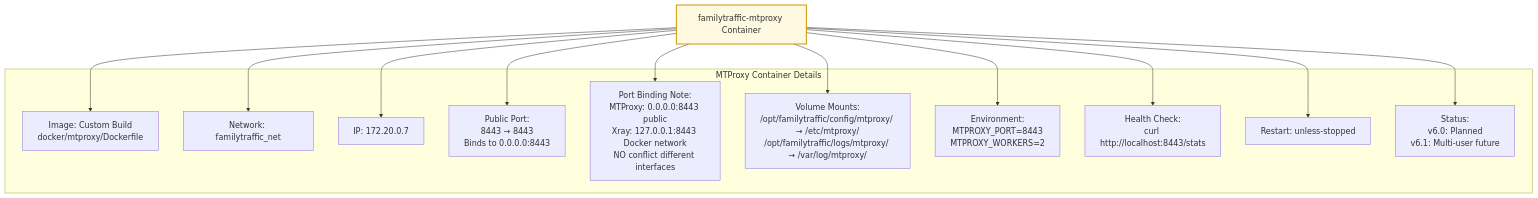
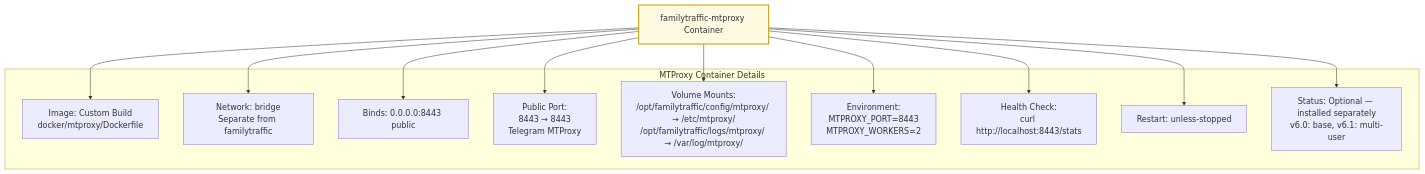
One commit to ikeniborn/vless changed the third of 6 diagrams in docs/architecture/diagrams/deployment/docker-topology.md. Above: the diagram before and after it, drawn with Mermaid. The commit also changed other lines of this file and 24 other files, not shown here.

````diff
--- a/docs/architecture/diagrams/deployment/docker-topology.md
+++ b/docs/architecture/diagrams/deployment/docker-topology.md
@@ -295,37 +132,34 @@
 ```mermaid
 graph TB
     MTProxyContainer[familytraffic-mtproxy Container]
 
     subgraph "MTProxy Container Details"
         Image[Image: Custom Build<br/>docker/mtproxy/Dockerfile]
-        NetworkMode[Network: familytraffic_net]
-        IP[IP: 172.20.0.7]
+        NetworkMode[Network: bridge<br/>Separate from familytraffic]
+        IP[Binds: 0.0.0.0:8443 public]
 
-        PublicPort[Public Port:<br/>8443 → 8443<br/>Binds to 0.0.0.0:8443]
-
-        PortNote[Port Binding Note:<br/>MTProxy: 0.0.0.0:8443 public<br/>Xray: 127.0.0.1:8443 Docker network<br/>NO conflict different interfaces]
+        PublicPort[Public Port:<br/>8443 → 8443<br/>Telegram MTProxy]
 
         Volumes[Volume Mounts:<br/>/opt/familytraffic/config/mtproxy/ → /etc/mtproxy/<br/>/opt/familytraffic/logs/mtproxy/ → /var/log/mtproxy/]
 
         Environment[Environment:<br/>MTPROXY_PORT=8443<br/>MTPROXY_WORKERS=2]
 
         HealthCheck[Health Check:<br/>curl http://localhost:8443/stats]
 
         Restart[Restart: unless-stopped]
 
-        Status[Status:<br/>v6.0: Planned<br/>v6.1: Multi-user future]
+        Status[Status: Optional — installed separately<br/>v6.0: base, v6.1: multi-user]
     end
 
     MTProxyContainer --> Image
     MTProxyContainer --> NetworkMode
     MTProxyContainer --> IP
     MTProxyContainer --> PublicPort
-    MTProxyContainer --> PortNote
     MTProxyContainer --> Volumes
     MTProxyContainer --> Environment
     MTProxyContainer --> HealthCheck
     MTProxyContainer --> Restart
     MTProxyContainer --> Status
 
     style MTProxyContainer fill:#fff9e1,stroke:#cc9900,stroke-width:2px
 ```
````
